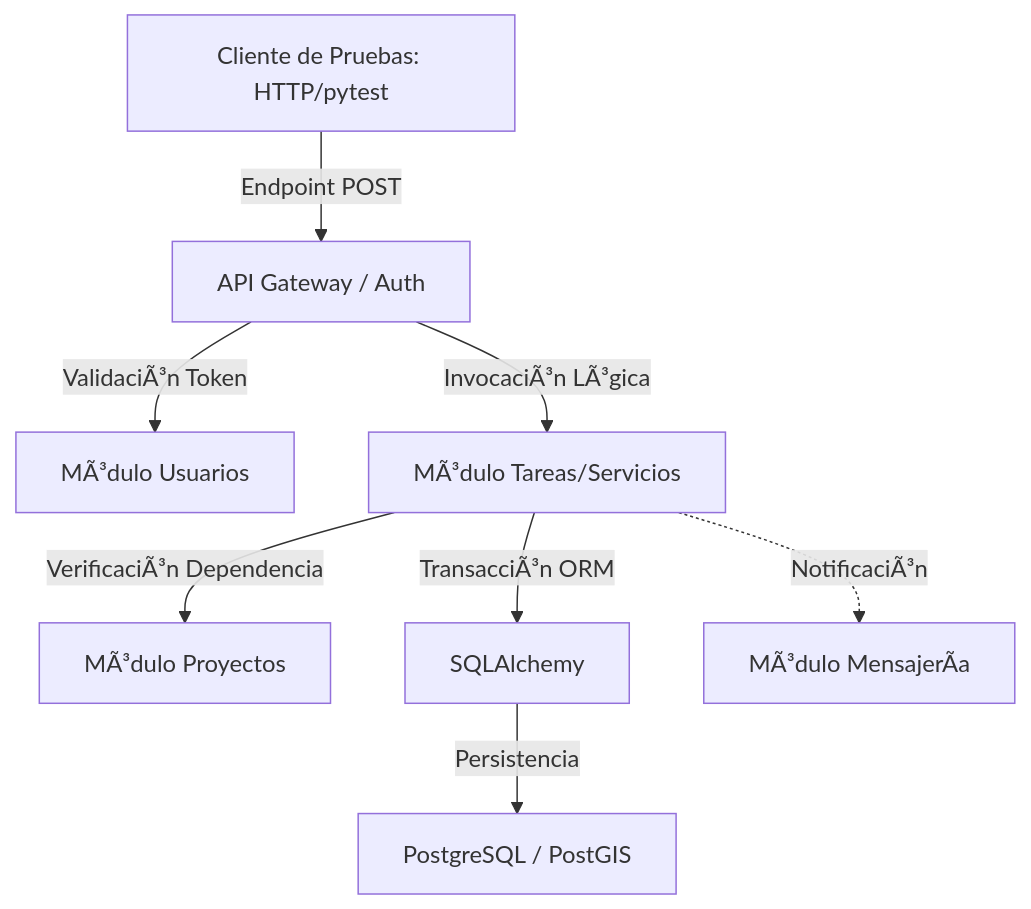
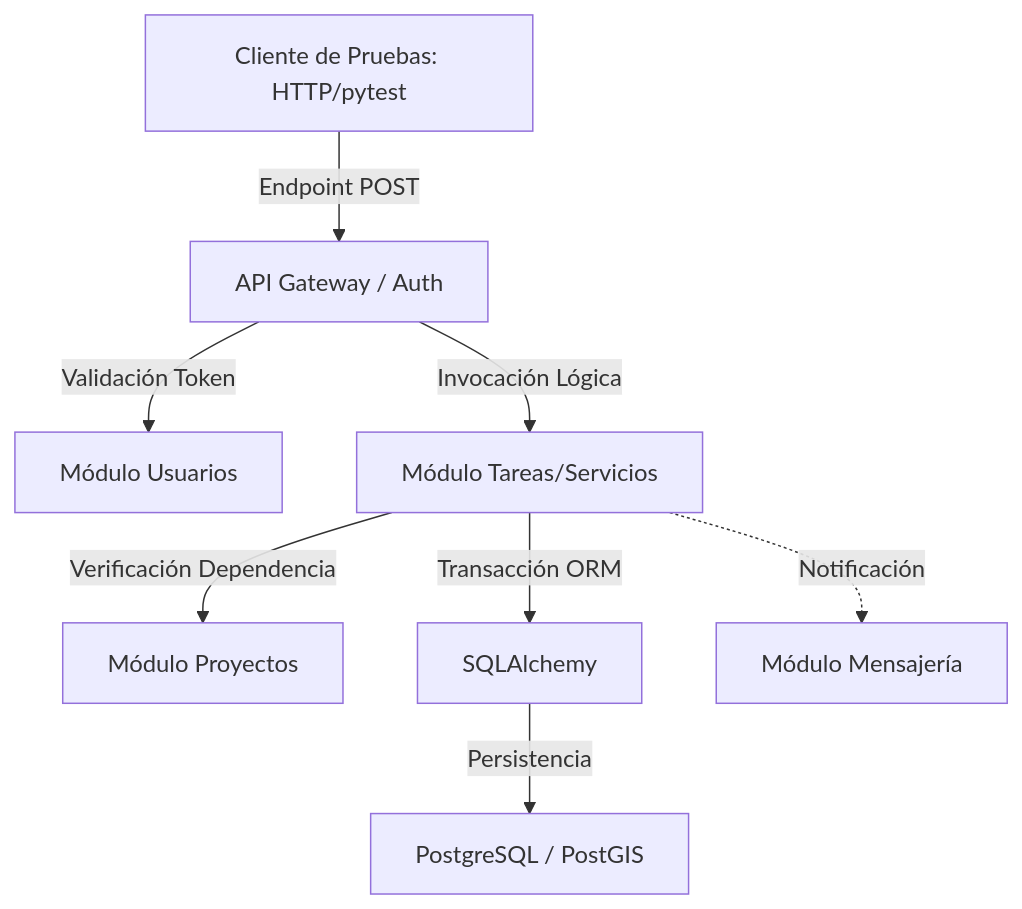
The diagram in tests-docs/01-plan-de-pruebas/05-plan-pruebas-integracion/plan-pruebas-integracion.md (escarabajo-rinoceronte/gestor-tareas-pruebas), drawn with Mermaid before and after one commit. The commit also changed other lines of this file and 48 other files, not shown here.

````diff
--- a/tests-docs/01-plan-de-pruebas/05-plan-pruebas-integracion/plan-pruebas-integracion.md
+++ b/tests-docs/01-plan-de-pruebas/05-plan-pruebas-integracion/plan-pruebas-integracion.md
@@ -78,10 +78,10 @@
 ```mermaid
 graph TD
     A[Cliente de Pruebas: HTTP/pytest] -->|Endpoint POST| B[API Gateway / Auth]
-    B -->|ValidaciÃ³n Token| C[MÃ³dulo Usuarios]
-    B -->|InvocaciÃ³n LÃ³gica| E[MÃ³dulo Tareas/Servicios]
-    E -->|VerificaciÃ³n Dependencia| D[MÃ³dulo Proyectos]
-    E -->|TransacciÃ³n ORM| F[SQLAlchemy]
+    B -->|Validación Token| C[Módulo Usuarios]
+    B -->|Invocación Lógica| E[Módulo Tareas/Servicios]
+    E -->|Verificación Dependencia| D[Módulo Proyectos]
+    E -->|Transacción ORM| F[SQLAlchemy]
     F -->|Persistencia| G[PostgreSQL / PostGIS]
-    E -.->|NotificaciÃ³n| H[MÃ³dulo MensajerÃ­a]
+    E -.->|Notificación| H[Módulo Mensajería]
 ```
````
